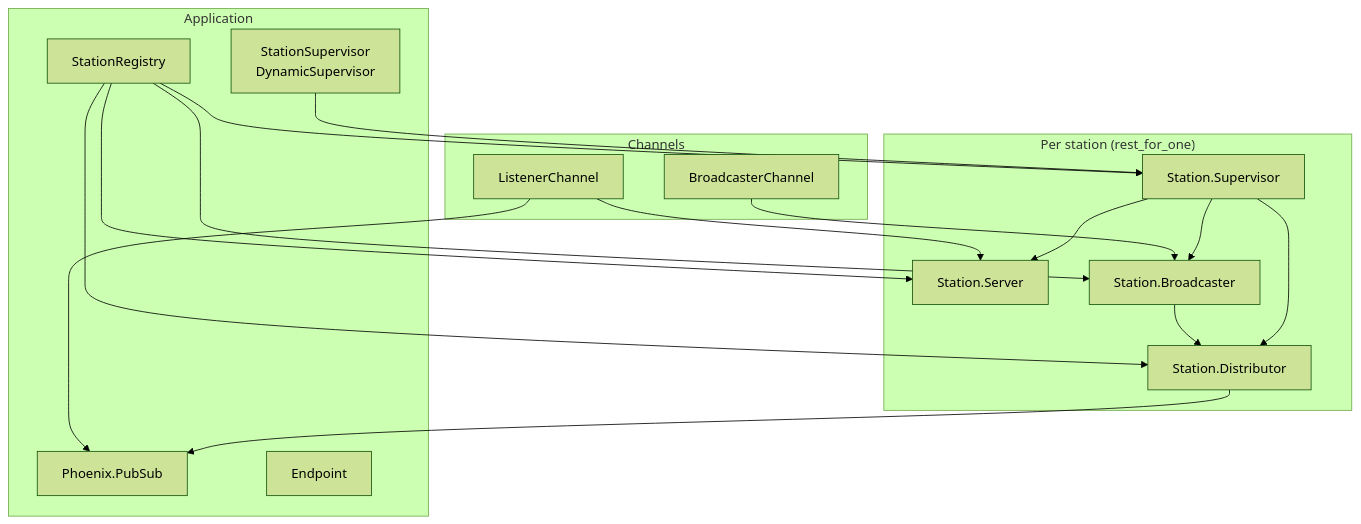
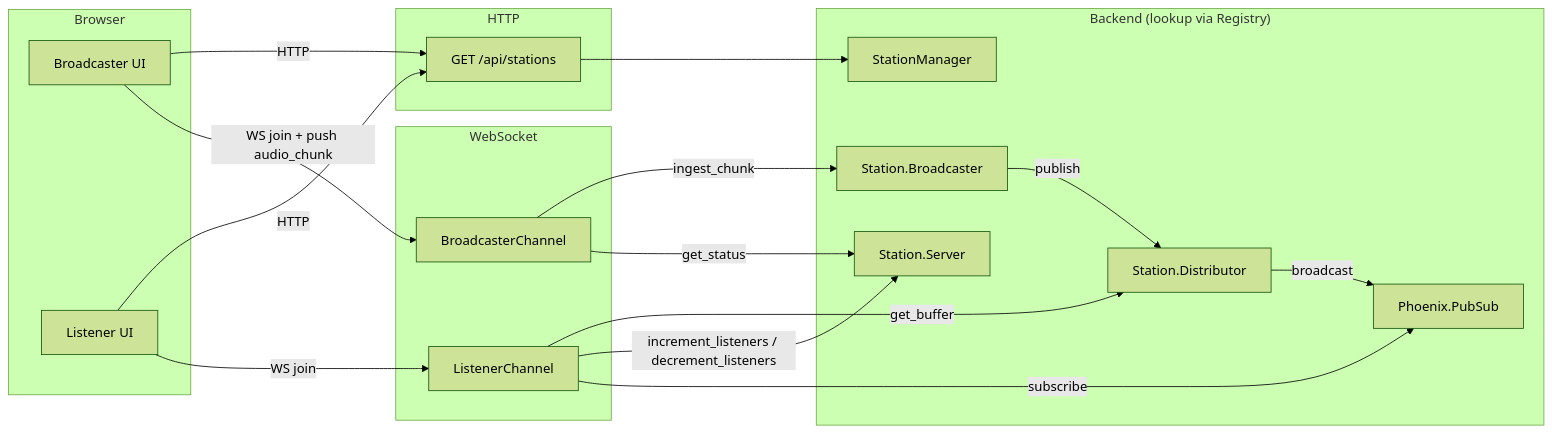
Before and after one commit to acardillo/otp-radio: the diagram in ARCHITECTURE.md, drawn with Mermaid (forest theme). The commit also changed other lines of this file, not shown here.

````diff
--- a/ARCHITECTURE.md
+++ b/ARCHITECTURE.md
@@ -25,35 +20,39 @@
 ```mermaid
-flowchart TD
-    subgraph Application
-        Registry[StationRegistry]
-        StationSup[StationSupervisor\nDynamicSupervisor]
-        PubSub[Phoenix.PubSub]
-        Endpoint[Endpoint]
+flowchart LR
+    subgraph Browser
+        BroadcasterUI[Broadcaster UI]
+        ListenerUI[Listener UI]
     end
 
-    subgraph PerStation["Per station (rest_for_one)"]
-        StSup[Station.Supervisor]
+    subgraph HTTP
+        API["GET /api/stations"]
+    end
+
+    subgraph WebSocket
+        BC["BroadcasterChannel"]
+        LC["ListenerChannel"]
+    end
+
+    subgraph Backend["Backend (lookup via Registry)"]
+        StationManager[StationManager]
         Server[Station.Server]
         Broadcaster[Station.Broadcaster]
         Distributor[Station.Distributor]
+        PubSub[Phoenix.PubSub]
     end
 
-    subgraph Channels
-        BC[BroadcasterChannel]
-        LC[ListenerChannel]
-    end
+    BroadcasterUI -->|"HTTP"| API
+    ListenerUI -->|"HTTP"| API
+    API --> StationManager
 
-    StationSup --> StSup
-    StSup --> Server
-    StSup --> Broadcaster
-    StSup --> Distributor
-    Broadcaster --> Distributor
-    Distributor --> PubSub
-    BC --> Broadcaster
-    LC --> PubSub
-    LC --> Server
-    Registry --> Server
-    Registry --> Broadcaster
-    Registry --> Distributor
-    Registry --> StSup
+    BroadcasterUI -->|"WS join + push audio_chunk"| BC
+    BC -->|"ingest_chunk"| Broadcaster
+    Broadcaster -->|"publish"| Distributor
+    BC -->|"get_status"| Server
+
+    ListenerUI -->|"WS join"| LC
+    LC -->|"get_buffer"| Distributor
+    LC -->|"increment_listeners / decrement_listeners"| Server
+    LC -->|"subscribe"| PubSub
+    Distributor -->|"broadcast"| PubSub
 ```
````
